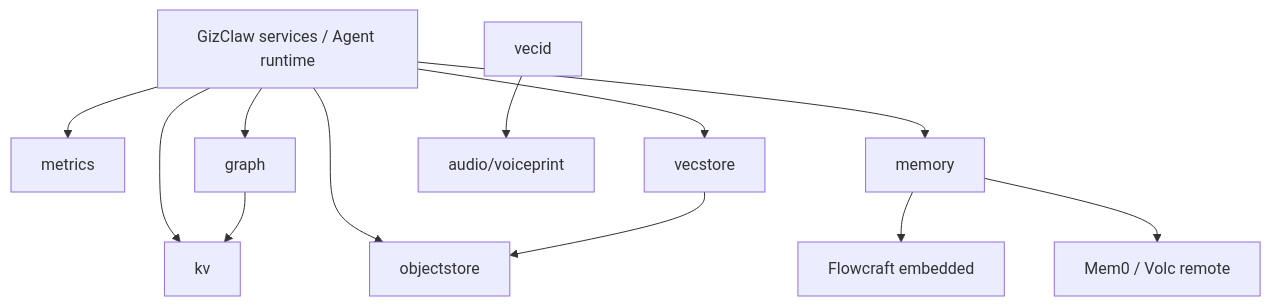
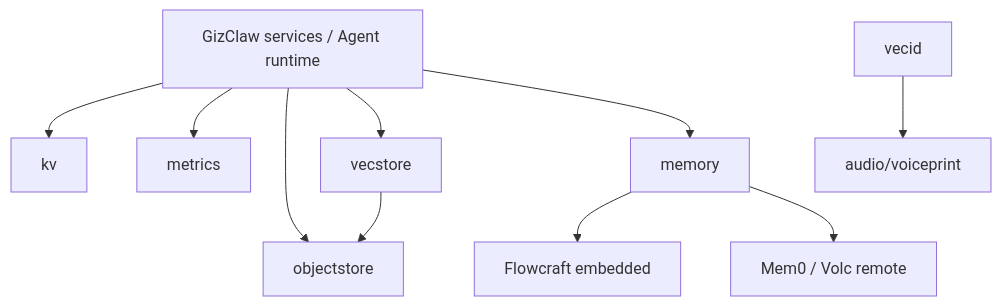
One commit to GizClaw/gizclaw changed the diagram in guides/en/developing/stores/overview.md. Above: the diagram before and after it, drawn with Mermaid. The commit also changed other lines of this file and 1102 other files, not shown here.

````diff
--- a/guides/en/developing/stores/overview.md
+++ b/guides/en/developing/stores/overview.md
@@ -33,14 +31,12 @@
 ```mermaid
 flowchart TB
     Domains["GizClaw services / Agent runtime"] --> KV["kv"]
     Domains --> Metrics["metrics"]
     Domains --> Objects["objectstore"]
     Domains --> Vectors["vecstore"]
-    Domains --> Graph["graph"]
     Domains --> Memory["memory"]
     Memory --> Flowcraft["Flowcraft embedded"]
     Memory --> Remote["Mem0 / Volc remote"]
-    Graph --> KV
     Vectors --> Objects
     VecID["vecid"] --> Voiceprint["audio/voiceprint"]
 ```
````
